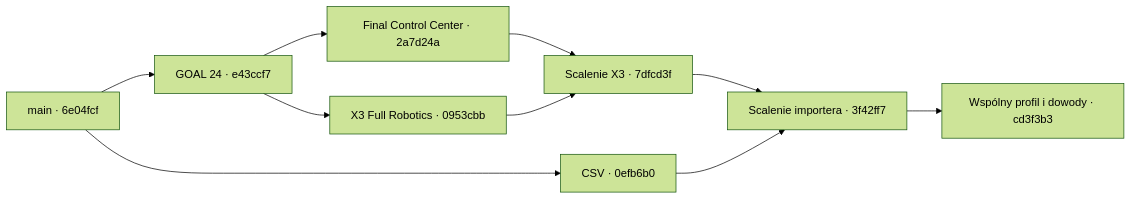
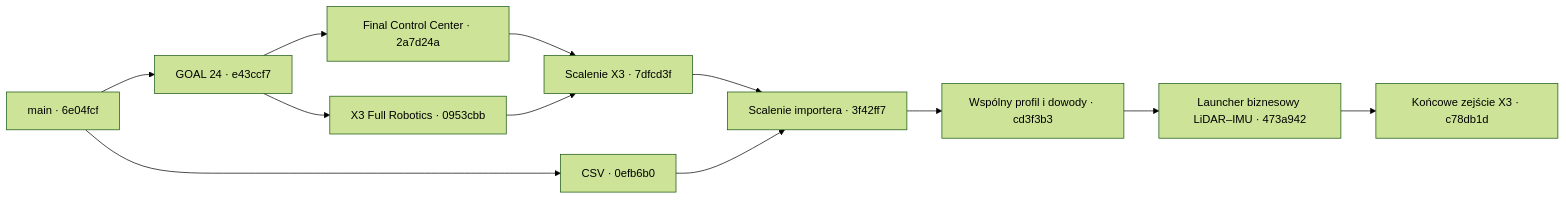
The diagram in docs/FULL_SYSTEM_INTEGRATION.md (Adiksoon/rackonaut), drawn with Mermaid (forest theme) before and after one commit. The commit also changed other lines of this file and 61 other files, not shown here.

````diff
--- a/docs/FULL_SYSTEM_INTEGRATION.md
+++ b/docs/FULL_SYSTEM_INTEGRATION.md
@@ -52,12 +52,14 @@
 ```mermaid
 flowchart LR
     M["main · 6e04fcf"] --> B["GOAL 24 · e43ccf7"]
     M --> I["CSV · 0efb6b0"]
     B --> G["Final Control Center · 2a7d24a"]
     B --> X["X3 Full Robotics · 0953cbb"]
     G --> J["Scalenie X3 · 7dfcd3f"]
     X --> J
     J --> K["Scalenie importera · 3f42ff7"]
     I --> K
     K --> L["Wspólny profil i dowody · cd3f3b3"]
+    L --> D["Launcher biznesowy LiDAR–IMU · 473a942"]
+    D --> R["Końcowe zejście X3 · c78db1d"]
 ```
````
